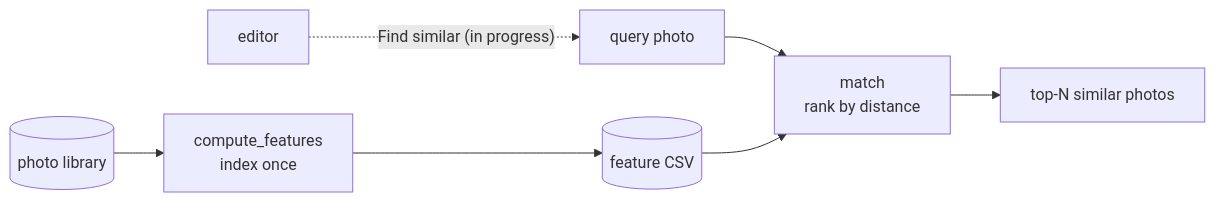
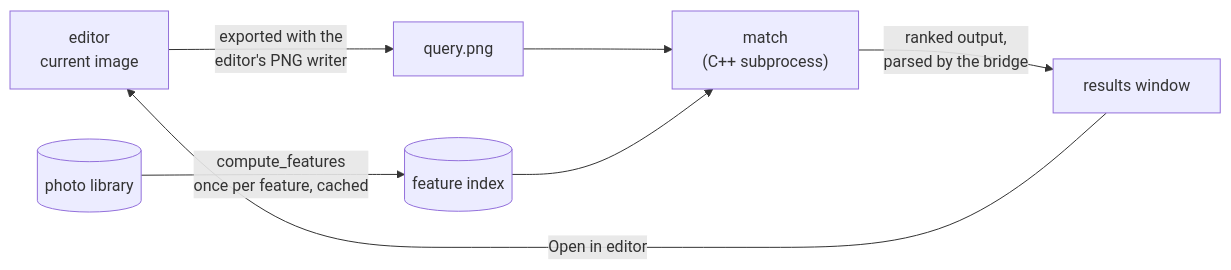
Before and after one commit to alaratwork/Image-Studio: the diagram in README.md, drawn with Mermaid. The commit also changed other lines of this file and 2 other files, not shown here.

Commit message:
Document Find similar and compare the six feature types

````diff
--- a/README.md
+++ b/README.md
@@ -17,8 +22,9 @@
 ```mermaid
 flowchart LR
-    lib[(photo library)] --> cf[compute_features<br/>index once]
-    cf --> csv[(feature CSV)]
-    q[query photo] --> match[match<br/>rank by distance]
-    csv --> match --> top[top-N similar photos]
-    ed[editor] -. "Find similar (in progress)" .-> q
+    ed[editor<br/>current image] -->|"exported with the<br/>editor's PNG writer"| q[query.png]
+    lib[(photo library)] -->|"compute_features<br/>once per feature, cached"| csv[(feature index)]
+    q --> m["match<br/>(C++ subprocess)"]
+    csv --> m
+    m -->|"ranked output,<br/>parsed by the bridge"| win[results window]
+    win -->|Open in editor| ed
 ```
````
